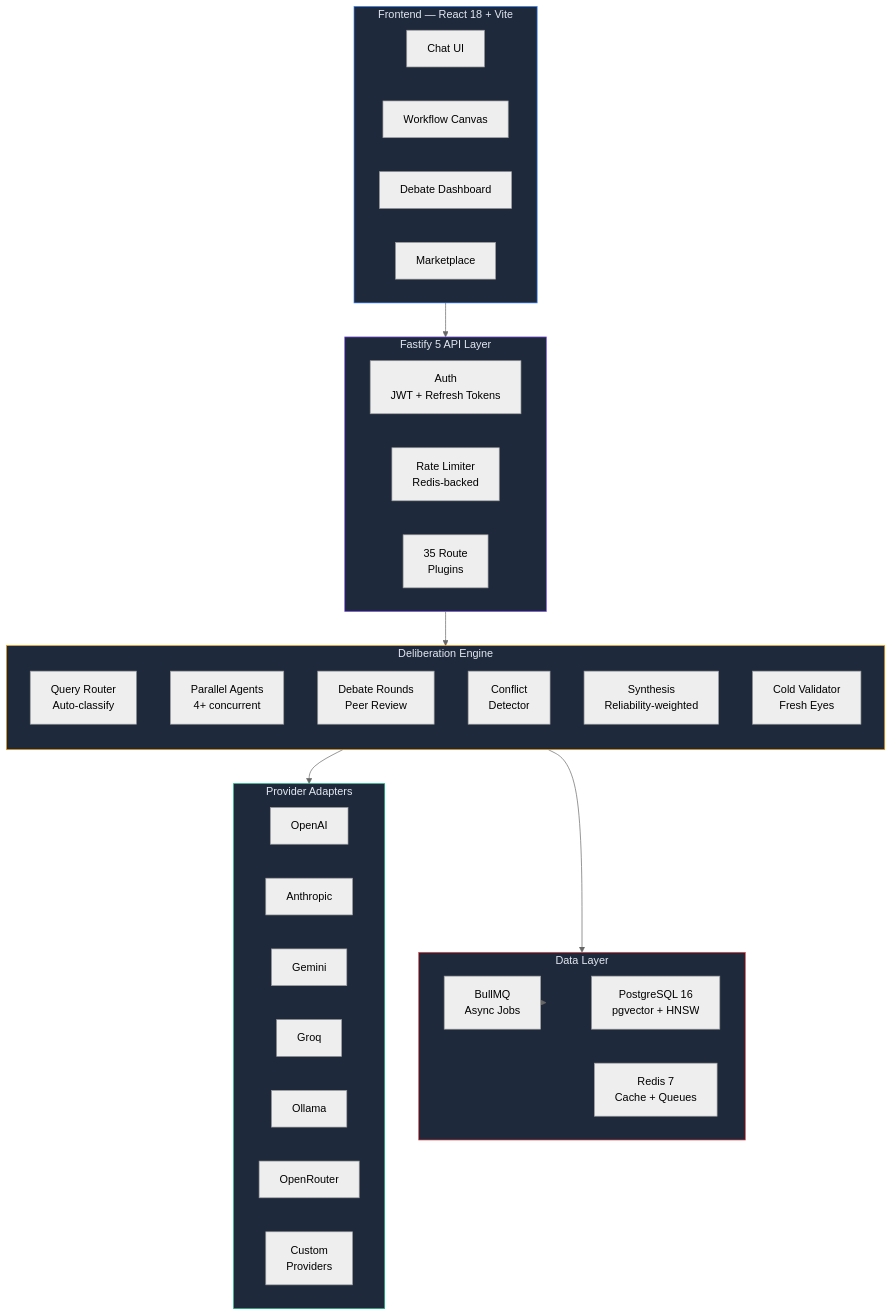
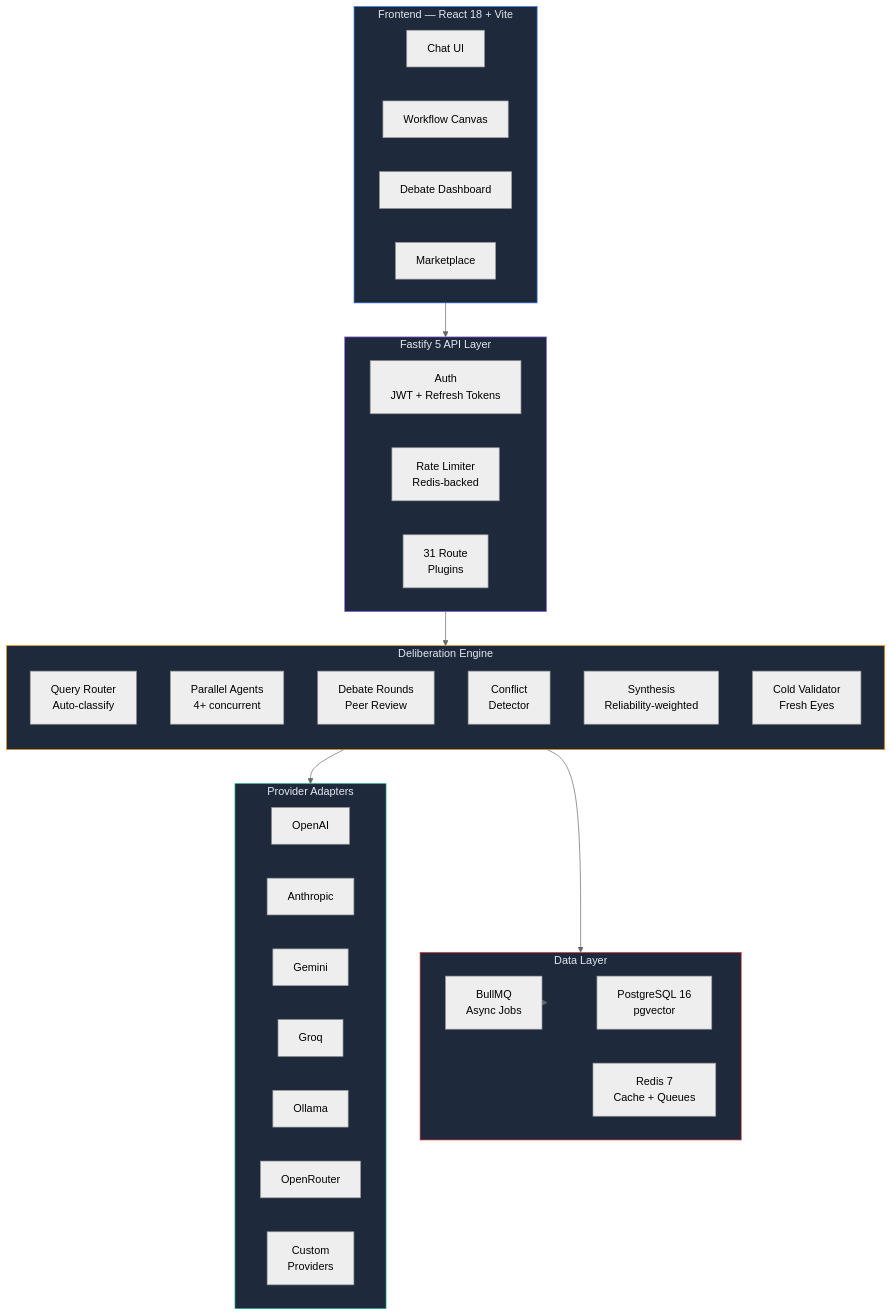
The second of 2 diagrams in README.md (Yash-Awasthi/Judica), drawn with Mermaid (neutral theme) before and after one commit. The commit also changed other lines of this file and 73 other files, not shown here.

````diff
--- a/README.md
+++ b/README.md
@@ -87,57 +87,57 @@
 ```mermaid
 flowchart TB
     subgraph CLIENT["Frontend — React 18 + Vite"]
         direction LR
         UI["Chat UI"]
         WF["Workflow Canvas"]
         DB_UI["Debate Dashboard"]
         MK["Marketplace"]
     end
 
     subgraph API["Fastify 5 API Layer"]
         direction LR
         AUTH["Auth\nJWT + Refresh Tokens"]
         RATE["Rate Limiter\nRedis-backed"]
-        ROUTES["35 Route\nPlugins"]
+        ROUTES["31 Route\nPlugins"]
     end
 
     subgraph ENGINE["Deliberation Engine"]
         direction TB
         ROUTER["Query Router\nAuto-classify"]
         PARALLEL["Parallel Agents\n4+ concurrent"]
         DEBATE["Debate Rounds\nPeer Review"]
         CONFLICT["Conflict\nDetector"]
         SYNTH["Synthesis\nReliability-weighted"]
         COLD["Cold Validator\nFresh Eyes"]
     end
 
     subgraph PROVIDERS["Provider Adapters"]
         direction LR
         OAI["OpenAI"]
         ANT["Anthropic"]
         GEM["Gemini"]
         GRQ["Groq"]
         OLL["Ollama"]
         OR["OpenRouter"]
         CUSTOM["Custom\nProviders"]
     end
 
     subgraph DATA["Data Layer"]
         direction LR
-        PG["PostgreSQL 16\npgvector + HNSW"]
+        PG["PostgreSQL 16\npgvector"]
         RD["Redis 7\nCache + Queues"]
         BQ["BullMQ\nAsync Jobs"]
     end
 
     CLIENT --> API
     API --> ENGINE
     ENGINE --> PROVIDERS
     ENGINE --> DATA
     BQ --> DATA
 
     style CLIENT fill:#1e293b,stroke:#3b82f6,color:#e2e8f0
     style API fill:#1e293b,stroke:#8b5cf6,color:#e2e8f0
     style ENGINE fill:#1e293b,stroke:#f59e0b,color:#e2e8f0
     style PROVIDERS fill:#1e293b,stroke:#10b981,color:#e2e8f0
     style DATA fill:#1e293b,stroke:#ef4444,color:#e2e8f0
 ```
````
